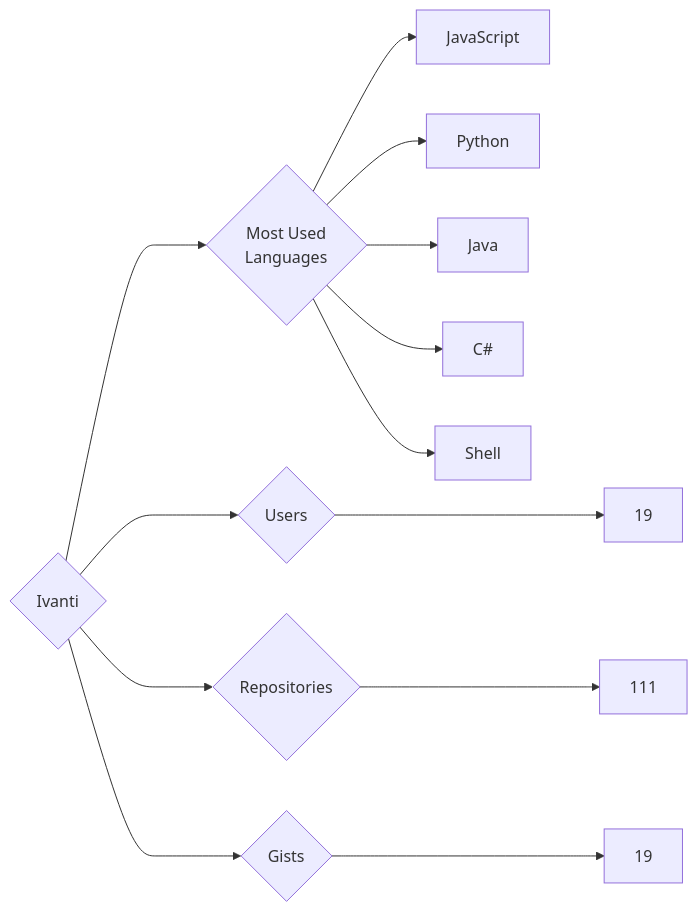
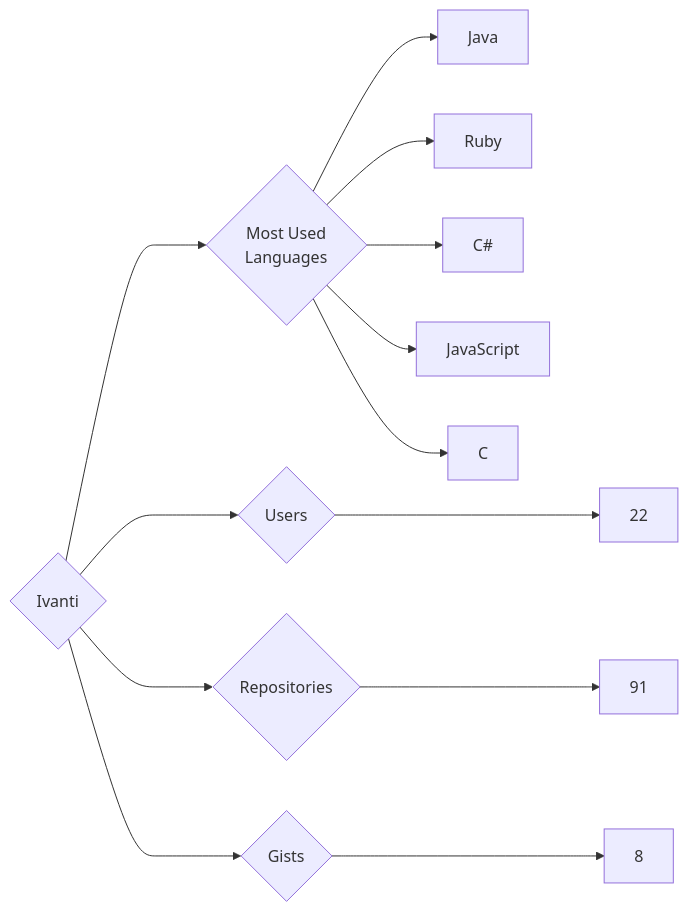
One commit to trickest/insiders changed the diagram in targets/Ivanti/README.md. Above: the diagram before and after it, drawn with Mermaid. The commit also changed 748 other files, not shown here.

````diff
--- a/targets/Ivanti/README.md
+++ b/targets/Ivanti/README.md
@@ -3,13 +3,13 @@
 ```mermaid
 graph LR
 COMPANY_NAME{Ivanti}
-COMPANY_NAME ---> U{Users} ---> UN[19]
-COMPANY_NAME ---> R{Repositories} ---> RN[111]
-COMPANY_NAME ---> G{Gists} ---> GN[19]
+COMPANY_NAME ---> U{Users} ---> UN[22]
+COMPANY_NAME ---> R{Repositories} ---> RN[91]
+COMPANY_NAME ---> G{Gists} ---> GN[8]
 COMPANY_NAME ---> ML{Most Used<br>Languages}
+ML --> Java[Java]
+ML --> Ruby[Ruby]
+ML --> C#[C#]
 ML --> JavaScript[JavaScript]
-ML --> Python[Python]
-ML --> Java[Java]
-ML --> C#[C#]
-ML --> Shell[Shell]
+ML --> C[C]
 ```
````
